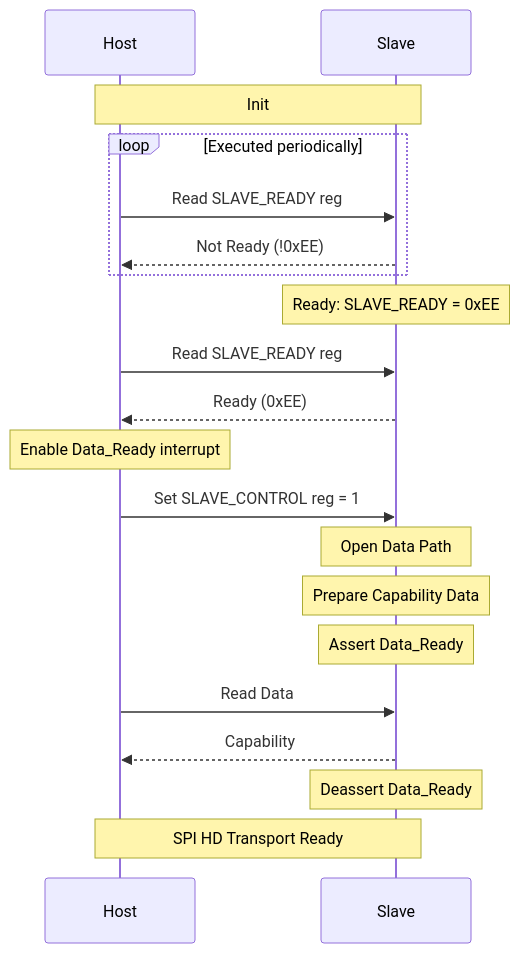
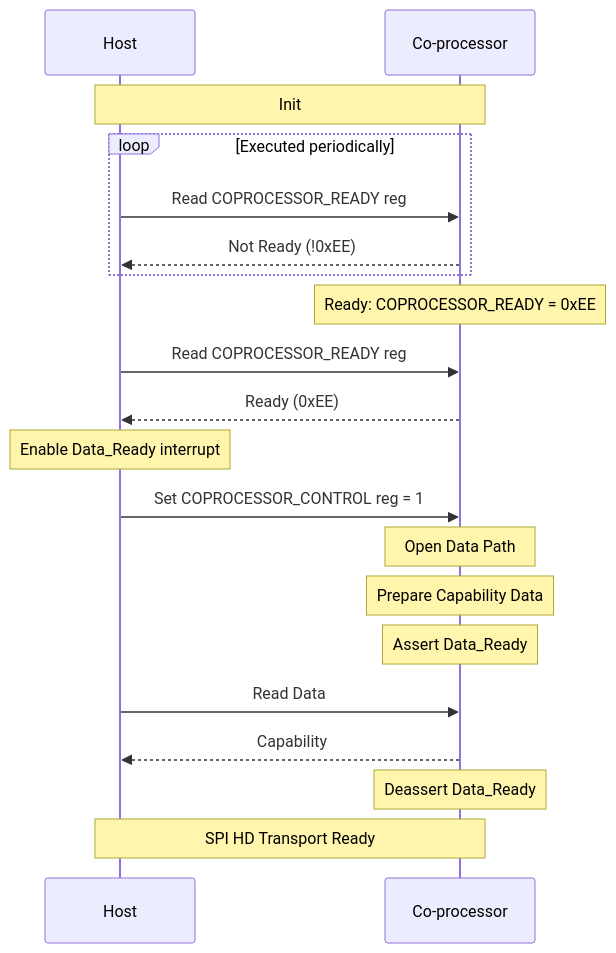
The first of 3 diagrams in docs/spi_half_duplex.md (espressif/esp-hosted), drawn with Mermaid before and after one commit. The commit also changed other lines of this file and 11 other files, not shown here.

````diff
--- a/docs/spi_half_duplex.md
+++ b/docs/spi_half_duplex.md
@@ -233,28 +217,28 @@
 ```mermaid
 sequenceDiagram
     participant h as Host
-    participant s as Slave
+    participant s as Co-processor
 
     note over s,h : Init
 
     loop Executed periodically
-        h ->> s : Read SLAVE_READY reg
+        h ->> s : Read COPROCESSOR_READY reg
         s -->> h : Not Ready (!0xEE)
     end
 
-    note over s : Ready: SLAVE_READY = 0xEE
-    h ->> s : Read SLAVE_READY reg
+    note over s : Ready: COPROCESSOR_READY = 0xEE
+    h ->> s : Read COPROCESSOR_READY reg
     s -->> h : Ready (0xEE)
     note over h : Enable Data_Ready interrupt
-    h ->> s : Set SLAVE_CONTROL reg = 1
+    h ->> s : Set COPROCESSOR_CONTROL reg = 1
 
     note over s : Open Data Path
     note over s : Prepare Capability Data
 
     note over s : Assert Data_Ready
     h ->> s : Read Data
     s -->> h : Capability
     note over s : Deassert Data_Ready
 
     note over s,h : SPI HD Transport Ready
 ```
````
